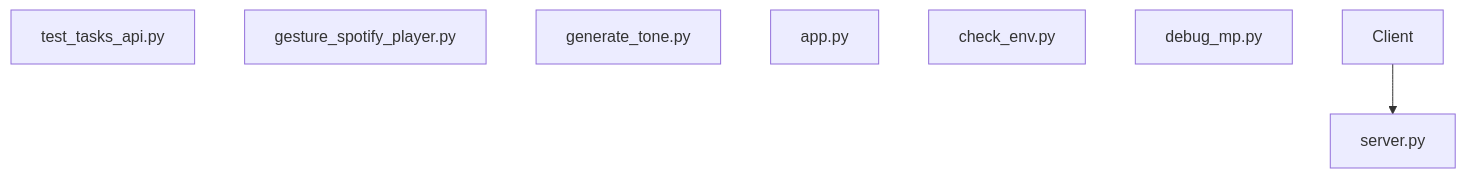
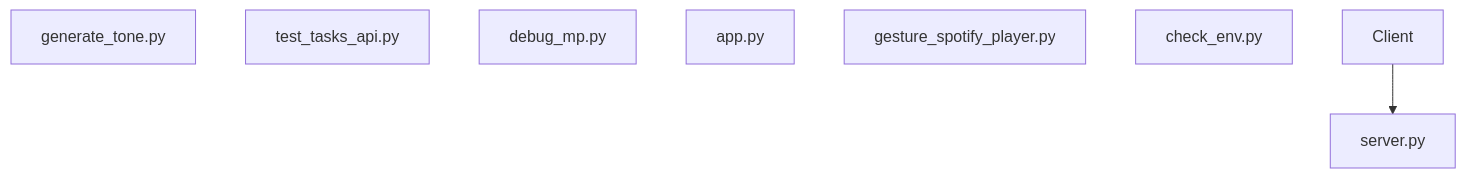
The diagram in diagrams/architecture.mermaid (NITISH-R-G/PalmPlay), drawn with Mermaid before and after one commit. The commit also changed other lines of this file and 3 other files, not shown here.

Commit message:
docs(auto): Update repository architecture and README [skip ci]

```diff
--- a/diagrams/architecture.mermaid
+++ b/diagrams/architecture.mermaid
@@ -1,9 +1,9 @@
 graph TD;
+    generate_tone["generate_tone.py"];
     server["server.py"];
     test_tasks_api["test_tasks_api.py"];
+    debug_mp["debug_mp.py"];
+    app["app.py"];
     gesture_spotify_player["gesture_spotify_player.py"];
-    generate_tone["generate_tone.py"];
-    app["app.py"];
     check_env["check_env.py"];
-    debug_mp["debug_mp.py"];
     Client --> server;
```
